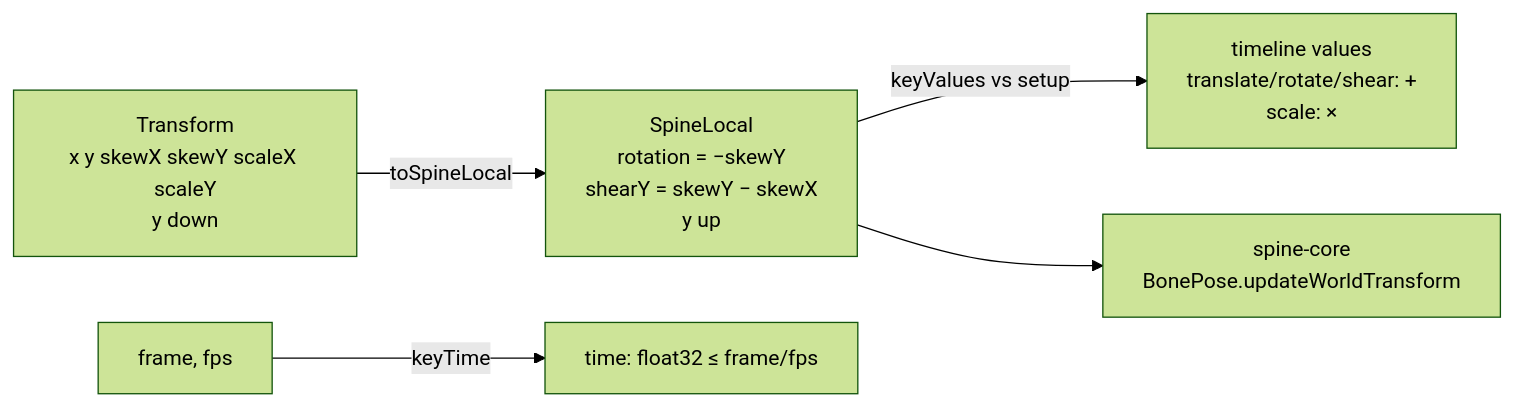
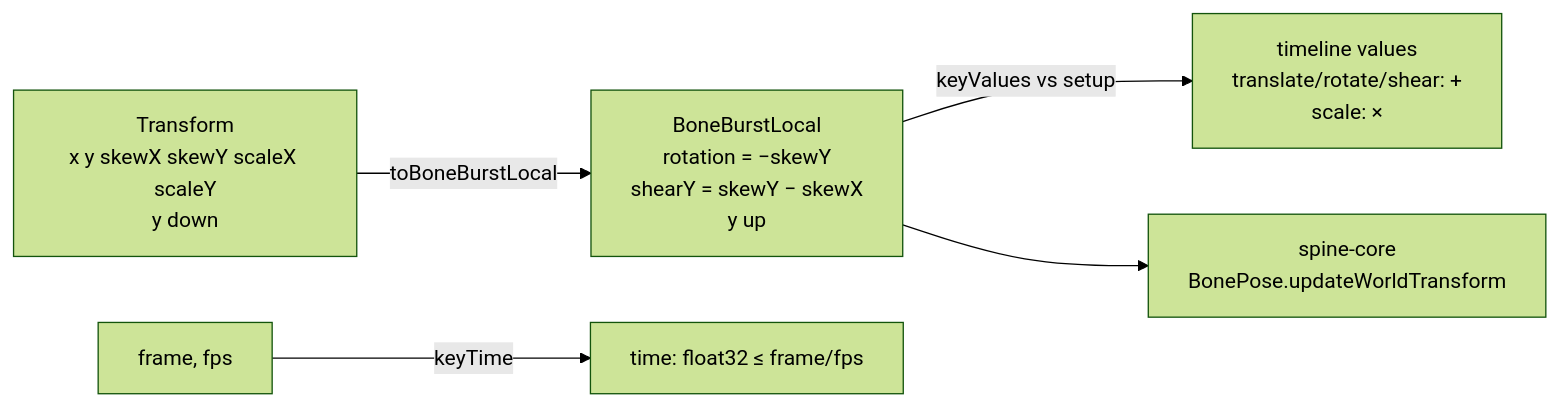
The first of 7 diagrams in docs/ARCHITECTURE.md (12pnp/M0-Animation-2D), drawn with Mermaid (forest theme) before and after one commit. The commit also changed other lines of this file and 115 other files, not shown here.

First line of the commit message:
Rename the core Spine module to BoneBurst; plan the move into M0-Animation-2D

````diff
--- a/docs/ARCHITECTURE.md
+++ b/docs/ARCHITECTURE.md
@@ -989,7 +989,7 @@
 ```mermaid
 flowchart LR
-    T["Transform<br/>x y skewX skewY scaleX scaleY<br/>y down"] -->|toSpineLocal| S["SpineLocal<br/>rotation = −skewY<br/>shearY = skewY − skewX<br/>y up"]
+    T["Transform<br/>x y skewX skewY scaleX scaleY<br/>y down"] -->|toBoneBurstLocal| S["BoneBurstLocal<br/>rotation = −skewY<br/>shearY = skewY − skewX<br/>y up"]
     S -->|keyValues vs setup| K["timeline values<br/>translate/rotate/shear: +<br/>scale: ×"]
     F["frame, fps"] -->|keyTime| KT["time: float32 ≤ frame/fps"]
     S --> RT["spine-core<br/>BonePose.updateWorldTransform"]
 ```
````
